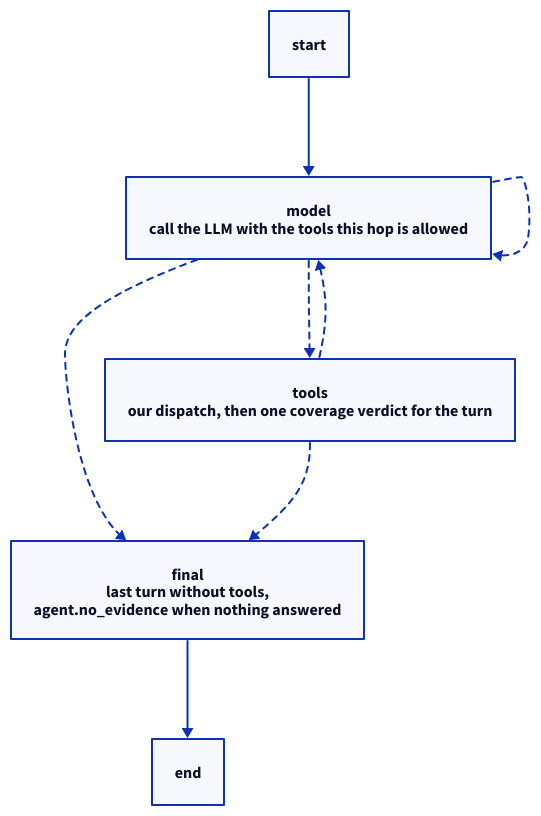
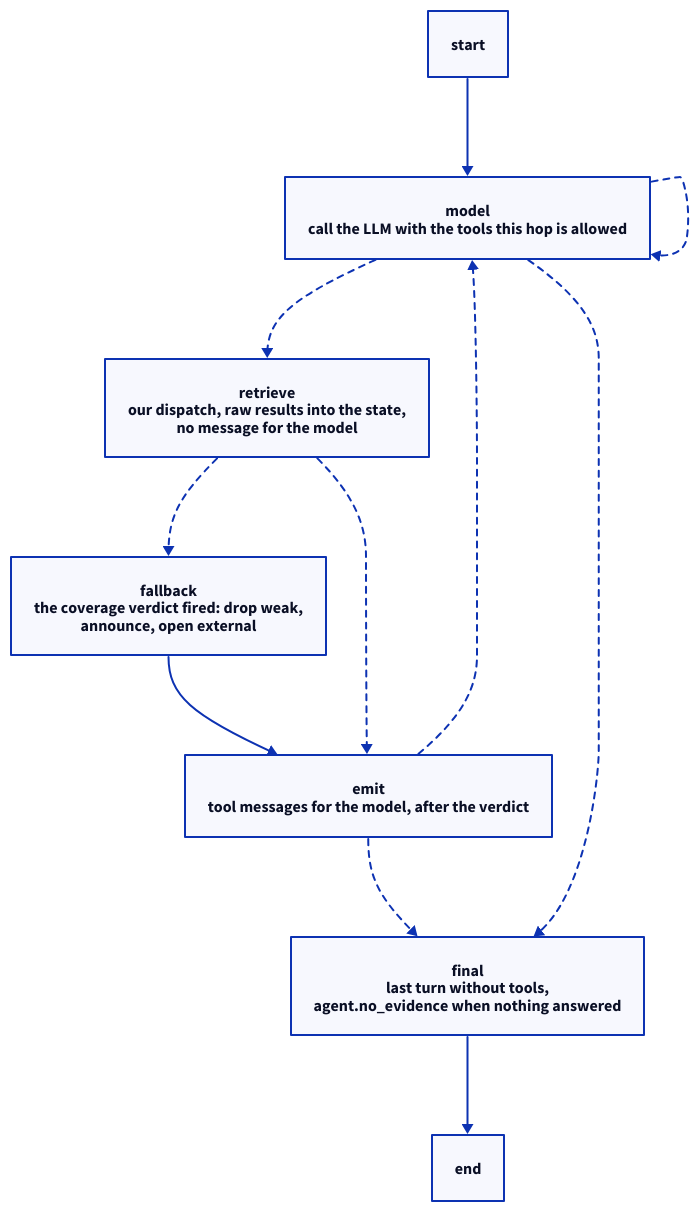
The diagram in docs/diagrams/agent_graph.d2 (rikitikitav1/rag-lab), drawn with D2 before and after one commit. The commit also changed 47 other files, not shown here.

```diff
--- a/docs/diagrams/agent_graph.d2
+++ b/docs/diagrams/agent_graph.d2
@@ -1,16 +1,21 @@
 # generated by scripts/graph_to_d2.py from the compiled graph, do not edit by hand
 direction: down
 
 __start__: "start"
 model: "model\ncall the LLM with the tools this hop is allowed"
-tools: "tools\nour dispatch, then one coverage verdict for the turn"
+retrieve: "retrieve\nour dispatch, raw results into the state,\nno message for the model"
+fallback: "fallback\nthe coverage verdict fired: drop weak,\nannounce, open external"
+emit: "emit\ntool messages for the model, after the verdict"
 final: "final\nlast turn without tools,\nagent.no_evidence when nothing answered"
 __end__: "end"
 
 __start__ -> model
+emit -> final {style.stroke-dash: 3}
+emit -> model {style.stroke-dash: 3}
+fallback -> emit
 model -> final {style.stroke-dash: 3}
 model -> model {style.stroke-dash: 3}
-model -> tools {style.stroke-dash: 3}
-tools -> final {style.stroke-dash: 3}
-tools -> model {style.stroke-dash: 3}
+model -> retrieve {style.stroke-dash: 3}
+retrieve -> emit {style.stroke-dash: 3}
+retrieve -> fallback {style.stroke-dash: 3}
 final -> __end__
```
